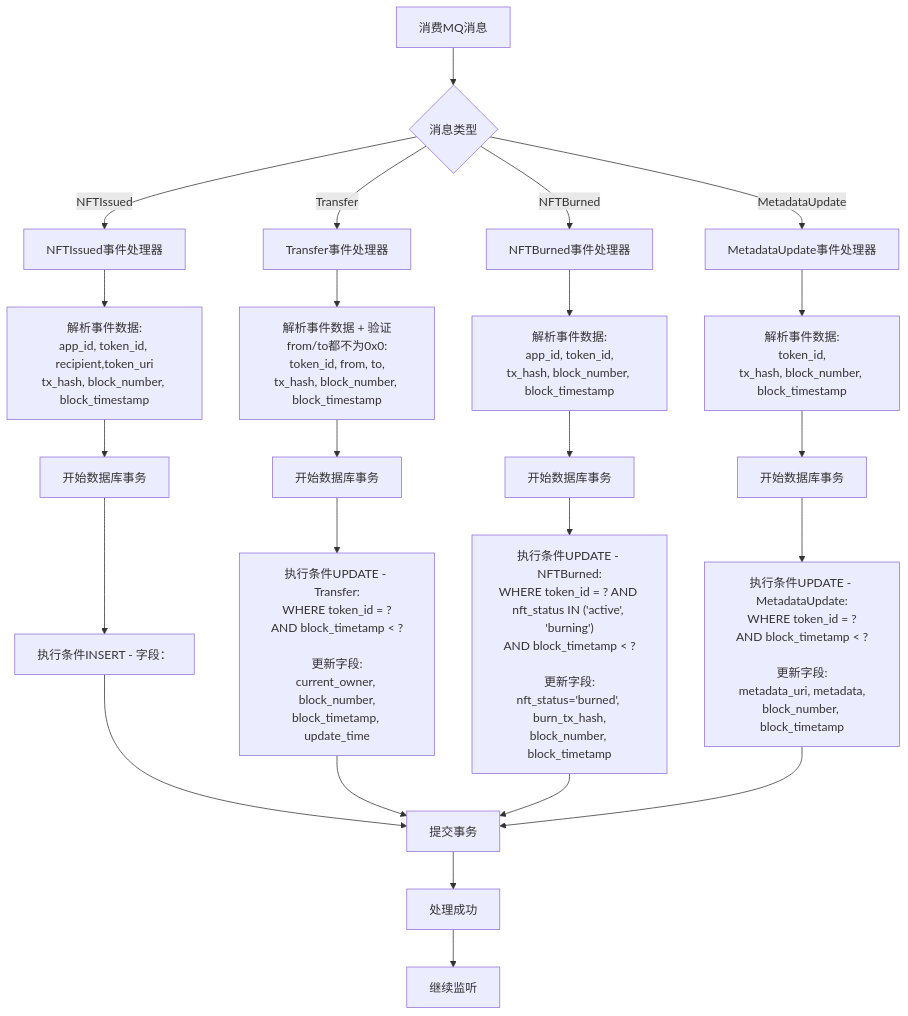
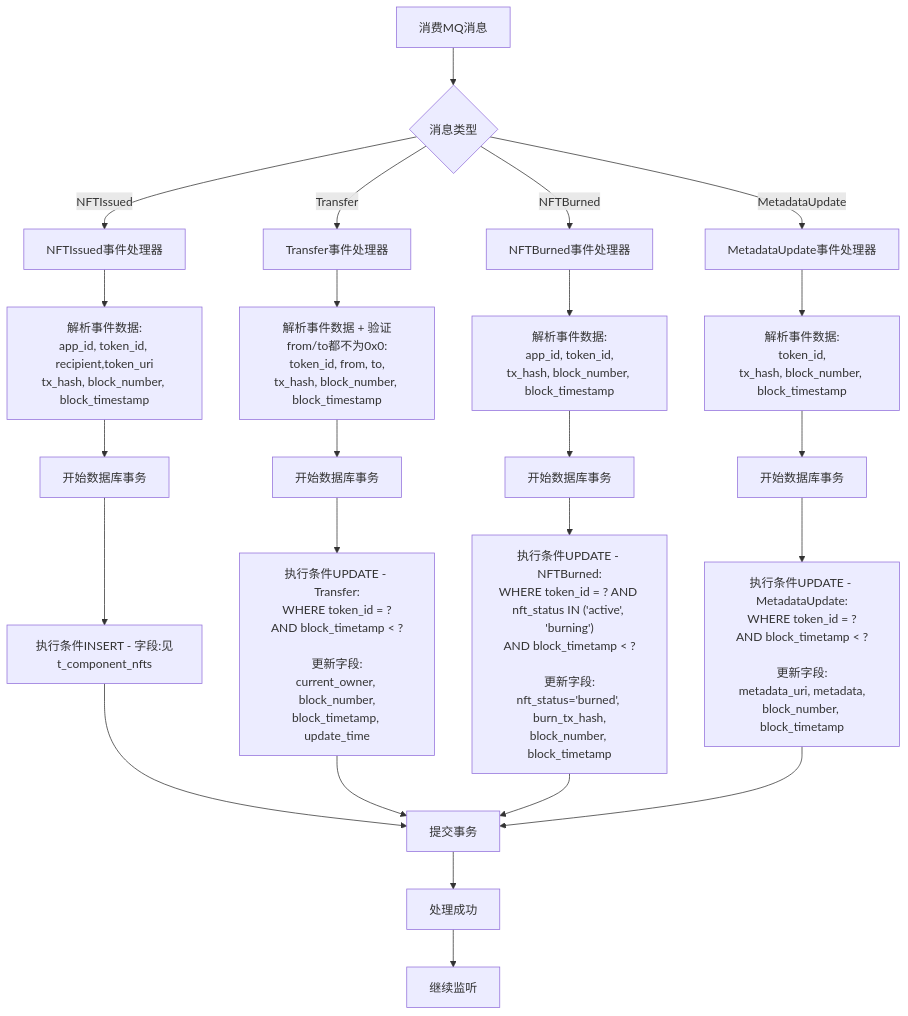
Before and after one commit to yingjianzh/iodraw-files: the diagram in all/未命名-77.md, drawn with Mermaid.

Commit message:
2025-07-08 11:37:15 update

````diff
--- a/all/未命名-77.md
+++ b/all/未命名-77.md
@@ -1,40 +1,40 @@
 ```mermaid
 
 flowchart TD
     A[消费MQ消息] --> B{消息类型}
     
     %% 四种事件类型
     B -->|NFTIssued| C[NFTIssued事件处理器]
     B -->|Transfer| D[Transfer事件处理器]
     B -->|NFTBurned| E[NFTBurned事件处理器]
     B -->|MetadataUpdate| F[MetadataUpdate事件处理器]
     
     %% 解析事件数据
     C --> G["解析事件数据:<br/>app_id, token_id, recipient,token_uri<br/>tx_hash, block_number, block_timestamp"]
     D --> H["解析事件数据 + 验证from/to都不为0x0:<br/>token_id, from, to,<br/>tx_hash, block_number, block_timestamp"]
     E --> I["解析事件数据:<br/>app_id, token_id,<br/>tx_hash, block_number, block_timestamp"]
     F --> J["解析事件数据:<br/>token_id,<br/>tx_hash, block_number, block_timestamp"]
     
     G --> K[开始数据库事务]
     H --> L[开始数据库事务]
     I --> M[开始数据库事务]
     J --> N[开始数据库事务]
     
-    K --> O["执行条件INSERT - 字段："]
+    K --> O["执行条件INSERT - 字段:见t_component_nfts "]
     
     L --> P["执行条件UPDATE - Transfer:<br/>WHERE token_id = ?<br/>AND block_timetamp < ?<br/><br/>更新字段:<br/>current_owner, block_number,<br/>block_timetamp, update_time"]
     
     M --> Q["执行条件UPDATE - NFTBurned:<br/>WHERE token_id = ? AND nft_status IN ('active', 'burning')<br/>AND block_timetamp < ?<br/><br/>更新字段:<br/>nft_status='burned', burn_tx_hash,<br/>block_number, block_timetamp"]
     
     N --> R["执行条件UPDATE - MetadataUpdate:<br/>WHERE token_id = ?<br/>AND block_timetamp < ?<br/><br/>更新字段:<br/>metadata_uri, metadata,<br/>block_number, block_timetamp"]
     
     O --> V[提交事务]
     P --> V
     Q --> V
     R --> V
     
     V --> X[处理成功]
     
     X --> Z[继续监听]
 
 ```
````
